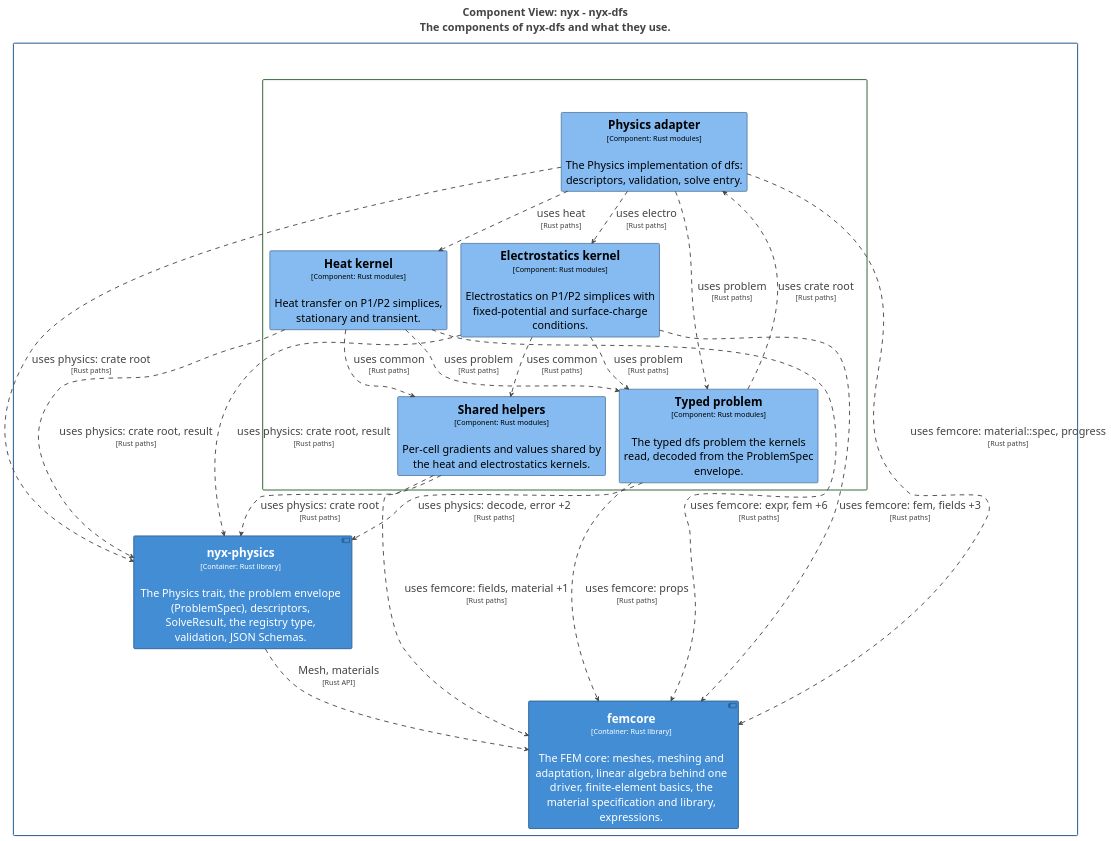
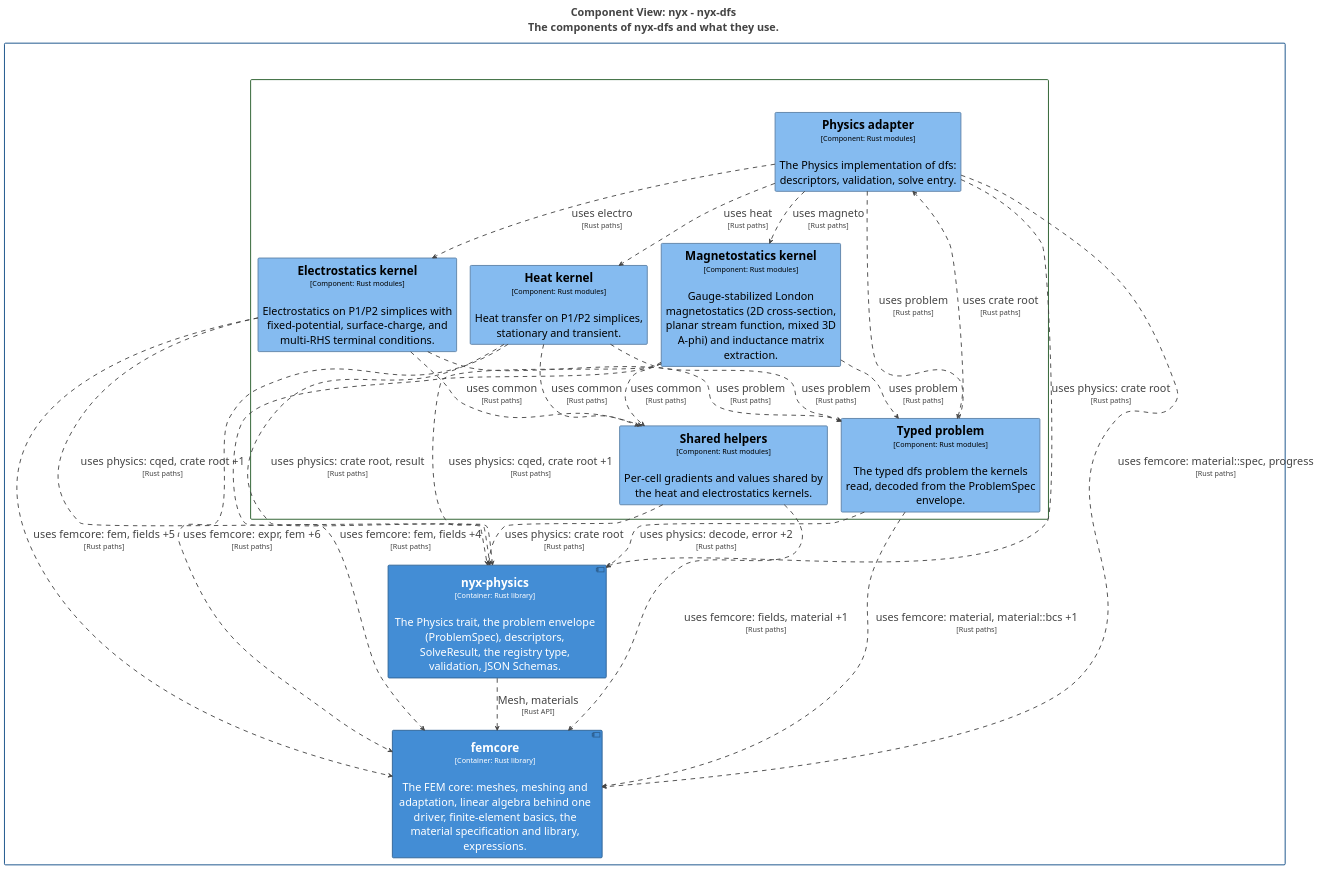
One commit to p-j-r/nyx changed the diagram in docs/architecture/c4/export/plantuml/structurizr-Components_dfs.puml. Above: the diagram before and after it, drawn with PlantUML. The commit also changed 208 other files, not shown here.

Commit message:
cqed, geom, femcore, dfs, ems, analysis, engine, materials: superconducting qubit suite (M1-M5), AGENTS.md, ADRs 102-106, contracts, API & C4 docs

```diff
--- a/docs/architecture/c4/export/plantuml/structurizr-Components_dfs.puml
+++ b/docs/architecture/c4/export/plantuml/structurizr-Components_dfs.puml
@@ -1,104 +1,110 @@
 @startuml
 title <size:24>Component View: nyx - nyx-dfs</size>\n<size:24>The components of nyx-dfs and what they use.</size>
 
 set separator none
 top to bottom direction
 skinparam ranksep 60
 skinparam nodesep 30
 hide stereotype
 
 <style>
   root {
     BackgroundColor: #ffffff;
     FontColor: #444444;
   }
   // Element,Component
   .Element-RWxlbWVudCxDb21wb25lbnQ= {
     BackgroundColor: #85bbf0;
     LineColor: #5d82a8;
     LineStyle: 0;
     LineThickness: 2;
     FontColor: #000000;
     FontSize: 24;
     HorizontalAlignment: center;
     Shadowing: 0;
     MaximumWidth: 450;
   }
   // Element,Container,Library
   .Element-RWxlbWVudCxDb250YWluZXIsTGlicmFyeQ== {
     BackgroundColor: #438dd5;
     LineColor: #2e6295;
     LineStyle: 0;
     LineThickness: 2;
     FontColor: #ffffff;
     FontSize: 24;
     HorizontalAlignment: center;
     Shadowing: 0;
     MaximumWidth: 450;
   }
   // Relationship
   .Relationship-UmVsYXRpb25zaGlw {
     LineThickness: 2;
     LineStyle: 10-10;
     LineColor: #444444;
     FontColor: #444444;
     FontSize: 24;
   }
   // nyx
   .Boundary-bnl4 {
     BackgroundColor: #ffffff;
     LineColor: #0b4884;
     LineStyle: 0;
     LineThickness: 2;
     FontColor: #ffffff;
     FontSize: 24;
     HorizontalAlignment: center;
     Shadowing: 0;
   }
   // nyx-dfs
   .Boundary-bnl4LWRmcw== {
     BackgroundColor: #ffffff;
     LineColor: #205723;
     LineStyle: 0;
     LineThickness: 2;
     FontColor: #ffffff;
     FontSize: 24;
     HorizontalAlignment: center;
     Shadowing: 0;
   }
 </style>
 
 rectangle "nyx\n<size:16>[Software System]</size>" <<Boundary-bnl4>> {
   rectangle "nyx-dfs\n<size:16>[Container: Rust library]</size>" <<Boundary-bnl4LWRmcw==>> {
     rectangle "==Physics adapter\n<size:16>[Component: Rust modules]</size>\n\nThe Physics implementation of dfs: descriptors, validation, solve entry." <<Element-RWxlbWVudCxDb21wb25lbnQ=>> as nyx.nyxdfs.Physicsadapter
     rectangle "==Typed problem\n<size:16>[Component: Rust modules]</size>\n\nThe typed dfs problem the kernels read, decoded from the ProblemSpec envelope." <<Element-RWxlbWVudCxDb21wb25lbnQ=>> as nyx.nyxdfs.Typedproblem
     rectangle "==Heat kernel\n<size:16>[Component: Rust modules]</size>\n\nHeat transfer on P1/P2 simplices, stationary and transient." <<Element-RWxlbWVudCxDb21wb25lbnQ=>> as nyx.nyxdfs.Heatkernel
-    rectangle "==Electrostatics kernel\n<size:16>[Component: Rust modules]</size>\n\nElectrostatics on P1/P2 simplices with fixed-potential and surface-charge conditions." <<Element-RWxlbWVudCxDb21wb25lbnQ=>> as nyx.nyxdfs.Electrostaticskernel
+    rectangle "==Electrostatics kernel\n<size:16>[Component: Rust modules]</size>\n\nElectrostatics on P1/P2 simplices with fixed-potential, surface-charge, and multi-RHS terminal conditions." <<Element-RWxlbWVudCxDb21wb25lbnQ=>> as nyx.nyxdfs.Electrostaticskernel
+    rectangle "==Magnetostatics kernel\n<size:16>[Component: Rust modules]</size>\n\nGauge-stabilized London magnetostatics (2D cross-section, planar stream function, mixed 3D A-phi) and inductance matrix extraction." <<Element-RWxlbWVudCxDb21wb25lbnQ=>> as nyx.nyxdfs.Magnetostaticskernel
     rectangle "==Shared helpers\n<size:16>[Component: Rust modules]</size>\n\nPer-cell gradients and values shared by the heat and electrostatics kernels." <<Element-RWxlbWVudCxDb21wb25lbnQ=>> as nyx.nyxdfs.Sharedhelpers
   }
 
   component "==nyx-physics\n<size:16>[Container: Rust library]</size>\n\nThe Physics trait, the problem envelope (ProblemSpec), descriptors, SolveResult, the registry type, validation, JSON Schemas." <<Element-RWxlbWVudCxDb250YWluZXIsTGlicmFyeQ==>> as nyx.nyxphysics
   component "==femcore\n<size:16>[Container: Rust library]</size>\n\nThe FEM core: meshes, meshing and adaptation, linear algebra behind one driver, finite-element basics, the material specification and library, expressions." <<Element-RWxlbWVudCxDb250YWluZXIsTGlicmFyeQ==>> as nyx.femcore
 }
 
 nyx.nyxphysics --> nyx.femcore <<Relationship-UmVsYXRpb25zaGlw>> : "Mesh, materials\n<size:16>[Rust API]</size>"
 nyx.nyxdfs.Physicsadapter --> nyx.femcore <<Relationship-UmVsYXRpb25zaGlw>> : "uses femcore: material::spec, progress\n<size:16>[Rust paths]</size>"
 nyx.nyxdfs.Physicsadapter --> nyx.nyxphysics <<Relationship-UmVsYXRpb25zaGlw>> : "uses physics: crate root\n<size:16>[Rust paths]</size>"
 nyx.nyxdfs.Physicsadapter --> nyx.nyxdfs.Electrostaticskernel <<Relationship-UmVsYXRpb25zaGlw>> : "uses electro\n<size:16>[Rust paths]</size>"
 nyx.nyxdfs.Physicsadapter --> nyx.nyxdfs.Heatkernel <<Relationship-UmVsYXRpb25zaGlw>> : "uses heat\n<size:16>[Rust paths]</size>"
+nyx.nyxdfs.Physicsadapter --> nyx.nyxdfs.Magnetostaticskernel <<Relationship-UmVsYXRpb25zaGlw>> : "uses magneto\n<size:16>[Rust paths]</size>"
 nyx.nyxdfs.Physicsadapter --> nyx.nyxdfs.Typedproblem <<Relationship-UmVsYXRpb25zaGlw>> : "uses problem\n<size:16>[Rust paths]</size>"
 nyx.nyxdfs.Sharedhelpers --> nyx.femcore <<Relationship-UmVsYXRpb25zaGlw>> : "uses femcore: fields, material +1\n<size:16>[Rust paths]</size>"
 nyx.nyxdfs.Sharedhelpers --> nyx.nyxphysics <<Relationship-UmVsYXRpb25zaGlw>> : "uses physics: crate root\n<size:16>[Rust paths]</size>"
-nyx.nyxdfs.Electrostaticskernel --> nyx.femcore <<Relationship-UmVsYXRpb25zaGlw>> : "uses femcore: fem, fields +3\n<size:16>[Rust paths]</size>"
-nyx.nyxdfs.Electrostaticskernel --> nyx.nyxphysics <<Relationship-UmVsYXRpb25zaGlw>> : "uses physics: crate root, result\n<size:16>[Rust paths]</size>"
+nyx.nyxdfs.Electrostaticskernel --> nyx.femcore <<Relationship-UmVsYXRpb25zaGlw>> : "uses femcore: fem, fields +5\n<size:16>[Rust paths]</size>"
+nyx.nyxdfs.Electrostaticskernel --> nyx.nyxphysics <<Relationship-UmVsYXRpb25zaGlw>> : "uses physics: cqed, crate root +1\n<size:16>[Rust paths]</size>"
 nyx.nyxdfs.Electrostaticskernel --> nyx.nyxdfs.Sharedhelpers <<Relationship-UmVsYXRpb25zaGlw>> : "uses common\n<size:16>[Rust paths]</size>"
 nyx.nyxdfs.Electrostaticskernel --> nyx.nyxdfs.Typedproblem <<Relationship-UmVsYXRpb25zaGlw>> : "uses problem\n<size:16>[Rust paths]</size>"
 nyx.nyxdfs.Heatkernel --> nyx.femcore <<Relationship-UmVsYXRpb25zaGlw>> : "uses femcore: expr, fem +6\n<size:16>[Rust paths]</size>"
 nyx.nyxdfs.Heatkernel --> nyx.nyxphysics <<Relationship-UmVsYXRpb25zaGlw>> : "uses physics: crate root, result\n<size:16>[Rust paths]</size>"
 nyx.nyxdfs.Heatkernel --> nyx.nyxdfs.Sharedhelpers <<Relationship-UmVsYXRpb25zaGlw>> : "uses common\n<size:16>[Rust paths]</size>"
 nyx.nyxdfs.Heatkernel --> nyx.nyxdfs.Typedproblem <<Relationship-UmVsYXRpb25zaGlw>> : "uses problem\n<size:16>[Rust paths]</size>"
-nyx.nyxdfs.Typedproblem --> nyx.femcore <<Relationship-UmVsYXRpb25zaGlw>> : "uses femcore: props\n<size:16>[Rust paths]</size>"
+nyx.nyxdfs.Magnetostaticskernel --> nyx.femcore <<Relationship-UmVsYXRpb25zaGlw>> : "uses femcore: fem, fields +4\n<size:16>[Rust paths]</size>"
+nyx.nyxdfs.Magnetostaticskernel --> nyx.nyxphysics <<Relationship-UmVsYXRpb25zaGlw>> : "uses physics: cqed, crate root +1\n<size:16>[Rust paths]</size>"
+nyx.nyxdfs.Magnetostaticskernel --> nyx.nyxdfs.Sharedhelpers <<Relationship-UmVsYXRpb25zaGlw>> : "uses common\n<size:16>[Rust paths]</size>"
+nyx.nyxdfs.Magnetostaticskernel --> nyx.nyxdfs.Typedproblem <<Relationship-UmVsYXRpb25zaGlw>> : "uses problem\n<size:16>[Rust paths]</size>"
+nyx.nyxdfs.Typedproblem --> nyx.femcore <<Relationship-UmVsYXRpb25zaGlw>> : "uses femcore: material, material::bcs +1\n<size:16>[Rust paths]</size>"
 nyx.nyxdfs.Typedproblem --> nyx.nyxphysics <<Relationship-UmVsYXRpb25zaGlw>> : "uses physics: decode, error +2\n<size:16>[Rust paths]</size>"
 nyx.nyxdfs.Typedproblem --> nyx.nyxdfs.Physicsadapter <<Relationship-UmVsYXRpb25zaGlw>> : "uses crate root\n<size:16>[Rust paths]</size>"
 
 @enduml
```
